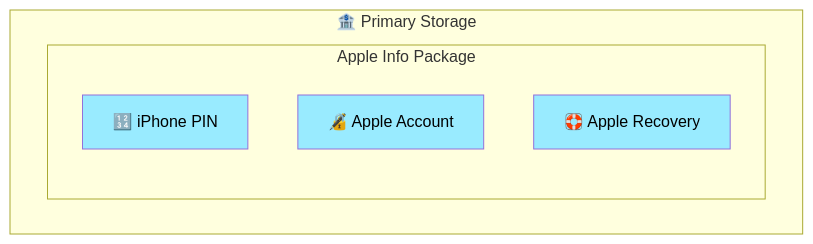
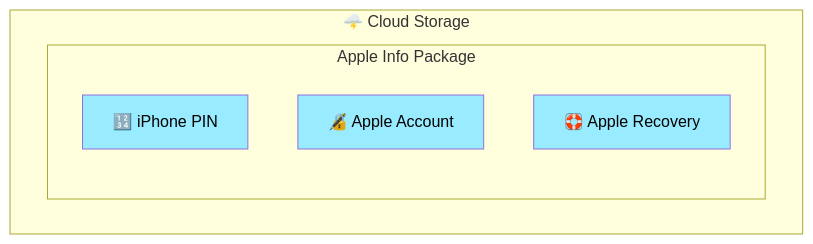
Before and after one commit to BlockchainCommons/SmartCustody: diagram 23 of 31 in Docs/Scenario-Multisig.md, drawn with Mermaid. The commit also changed other lines of this file, not shown here.

````diff
--- a/Docs/Scenario-Multisig.md
+++ b/Docs/Scenario-Multisig.md
@@ -735,13 +735,13 @@
     ```mermaid
     graph TD
-    subgraph primary["🏦 Primary Storage"]
+    subgraph cloud["🌩️ Cloud Storage"]
       subgraph "Apple Info Package"
       D["🔢 iPhone PIN"]
       E["🔏 Apple Account"]
       F["🛟 Apple Recovery"]    
       end
     end
     style D color:#000,fill:#99ebff;
     style E color:#000,fill:#99ebff;
     style F color:#000,fill:#99ebff;
     ```
````
